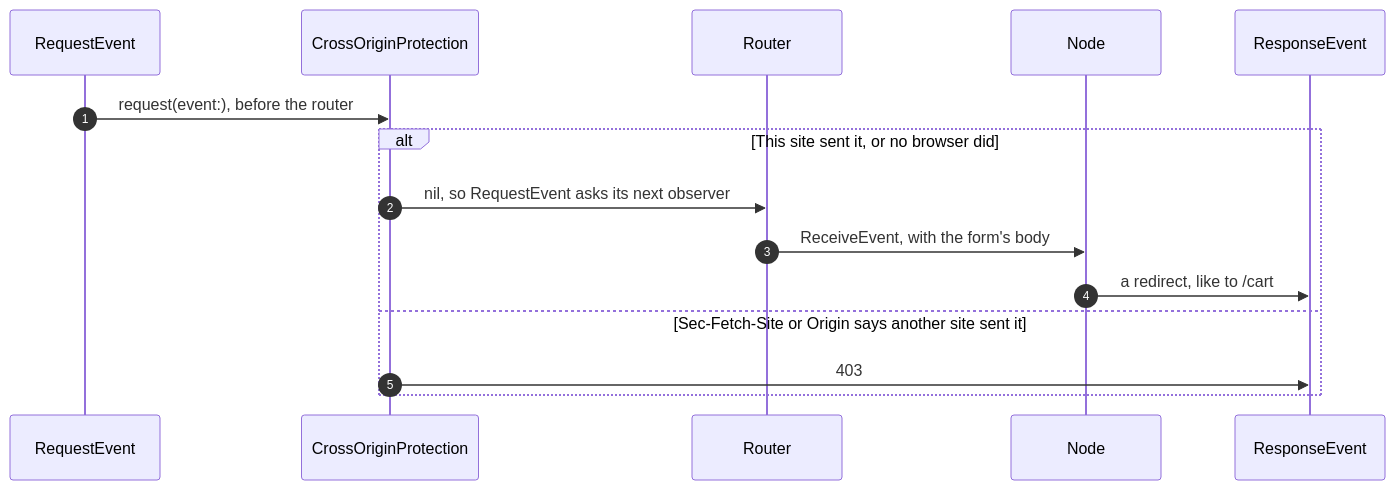
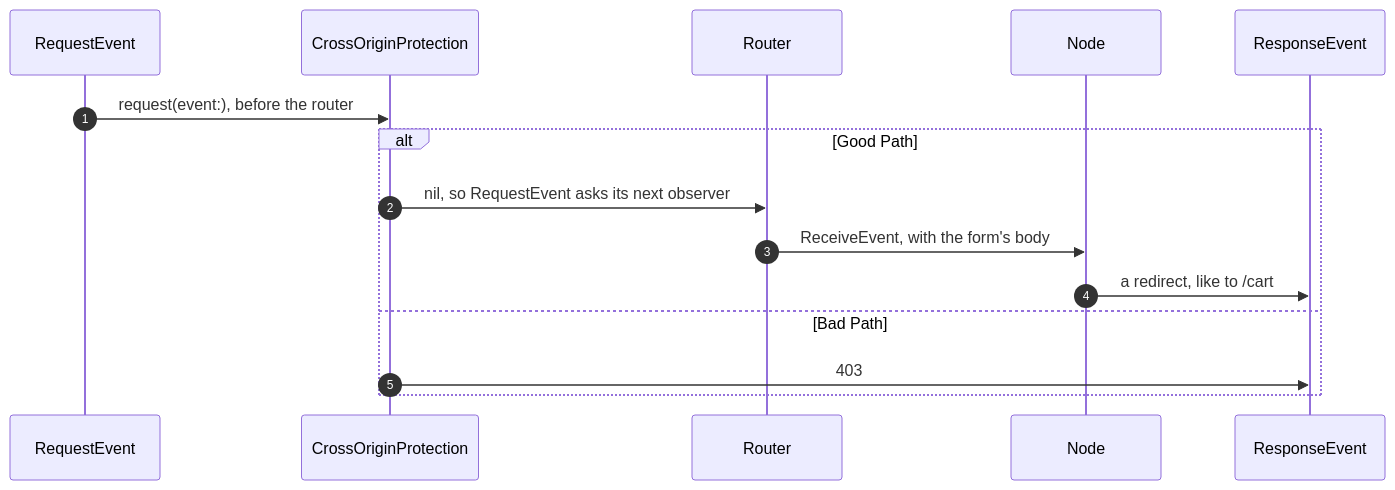
One commit to rainpour/raindeer-dev changed the diagram in app/pages/_home/_case-study.md. Above: the diagram before and after it, drawn with Mermaid.

Commit message:
Name the case study diagram's branches Good Path and Bad Path

````diff
--- a/app/pages/_home/_case-study.md
+++ b/app/pages/_home/_case-study.md
@@ -16,18 +16,18 @@
 ```mermaid
 sequenceDiagram
   autonumber
   participant RequestEvent
   participant Protection as CrossOriginProtection
   participant Router
   participant Node
   participant ResponseEvent
 
   RequestEvent->>Protection: request(event:), before the router
-  alt This site sent it, or no browser did
+  alt Good Path
     Protection->>Router: nil, so RequestEvent asks its next observer
     Router->>Node: ReceiveEvent, with the form's body
     Node->>ResponseEvent: a redirect, like to /cart
-  else Sec-Fetch-Site or Origin says another site sent it
+  else Bad Path
     Protection->>ResponseEvent: 403
   end
 ```
````
